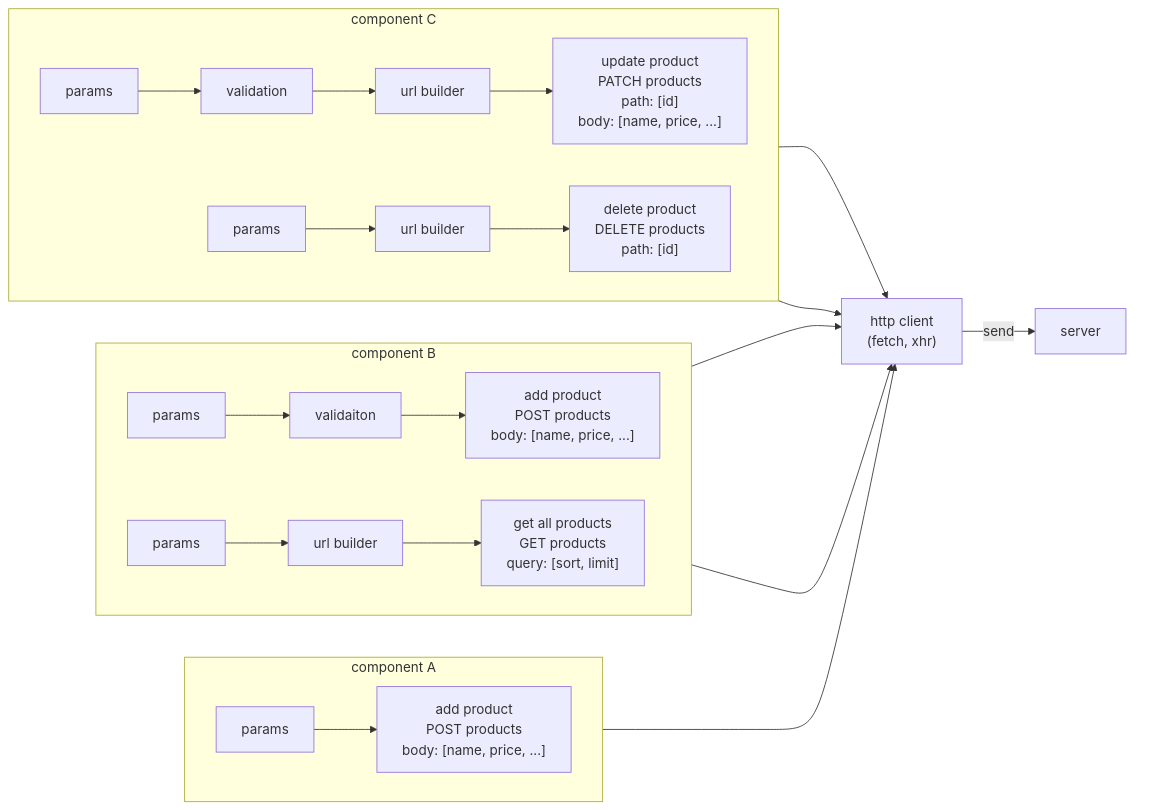
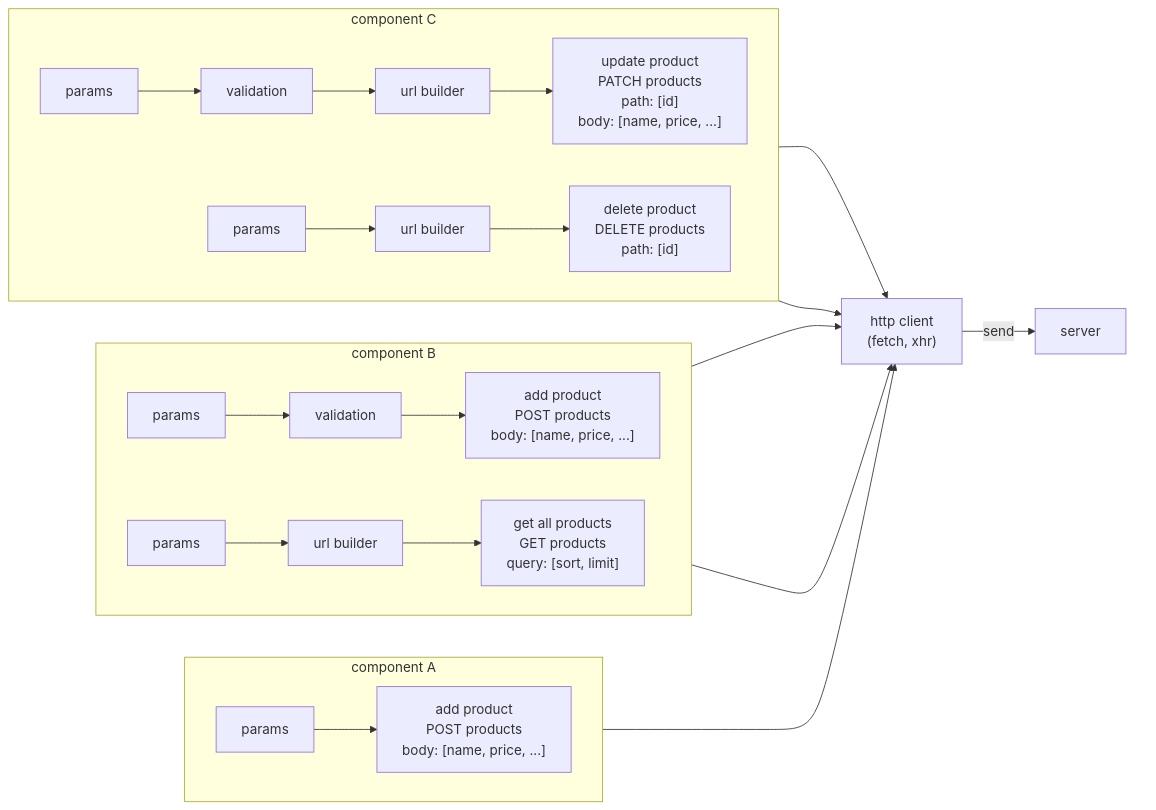
The first of 2 diagrams in README.md (vic0627/karman), drawn with Mermaid before and after one commit. The commit also changed other lines of this file and 8 other files, not shown here.

````diff
--- a/README.md
+++ b/README.md
@@ -61,31 +61,31 @@
 ```mermaid
 flowchart LR
     subgraph bk["<br>"]
-    http["http client<br>(fetch, xhr)"] -- send --> server
+        http["http client<br>(fetch, xhr)"] -- send --> server
     end
     subgraph component A
-    direction LR
-    param1["params"] --> addProduct1
-    addProduct1["add product<br>POST products<br>body: [name, price, ...]"] --> http
+        direction LR
+        param1["params"] --> addProduct1
+        addProduct1["add product<br>POST products<br>body: [name, price, ...]"] --> http
     end
     subgraph component B
-    direction LR
-    param2["params"] --> validation1["validaiton"]
-    validation1 --> addProduct2
-    addProduct2["add product<br>POST products<br>body: [name, price, ...]"] --> http
-    param3["params"] --> url1["url builder"]
-    url1 --> getAll
-    getAll["get all products<br>GET products<br>query: [sort, limit]"] --> http
+        direction LR
+        param2["params"] --> validation1["validation"]
+        validation1 --> addProduct2
+        addProduct2["add product<br>POST products<br>body: [name, price, ...]"] --> http
+        param3["params"] --> url1["url builder"]
+        url1 --> getAll
+        getAll["get all products<br>GET products<br>query: [sort, limit]"] --> http
     end
     subgraph component C
-    direction LR
-    param4["params"] -->
-    validation2["validation"] -->
-    url2["url builder"] -->
-    updateProduct2["update product<br>PATCH products<br>path: [id]<br>body: [name, price, ...]"] --> http
-    param5["params"] -->
-    url3["url builder"] -->
-    delProduct["delete product<br>DELETE products<br>path: [id]"] --> http
+        direction LR
+        param4["params"] -->
+        validation2["validation"] -->
+        url2["url builder"] -->
+        updateProduct2["update product<br>PATCH products<br>path: [id]<br>body: [name, price, ...]"] --> http
+        param5["params"] -->
+        url3["url builder"] -->
+        delProduct["delete product<br>DELETE products<br>path: [id]"] --> http
     end
     style bk fill:none,stroke:none
 ```
````
